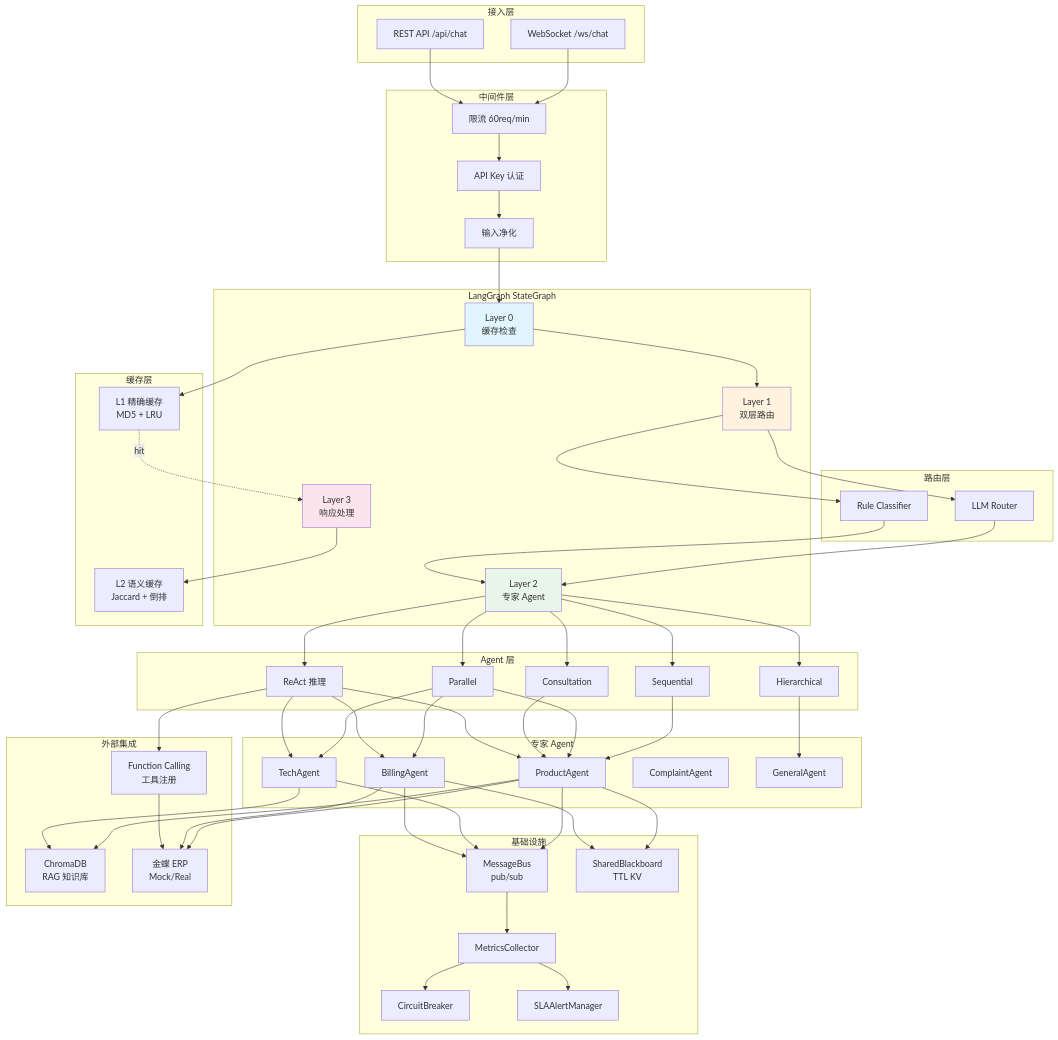
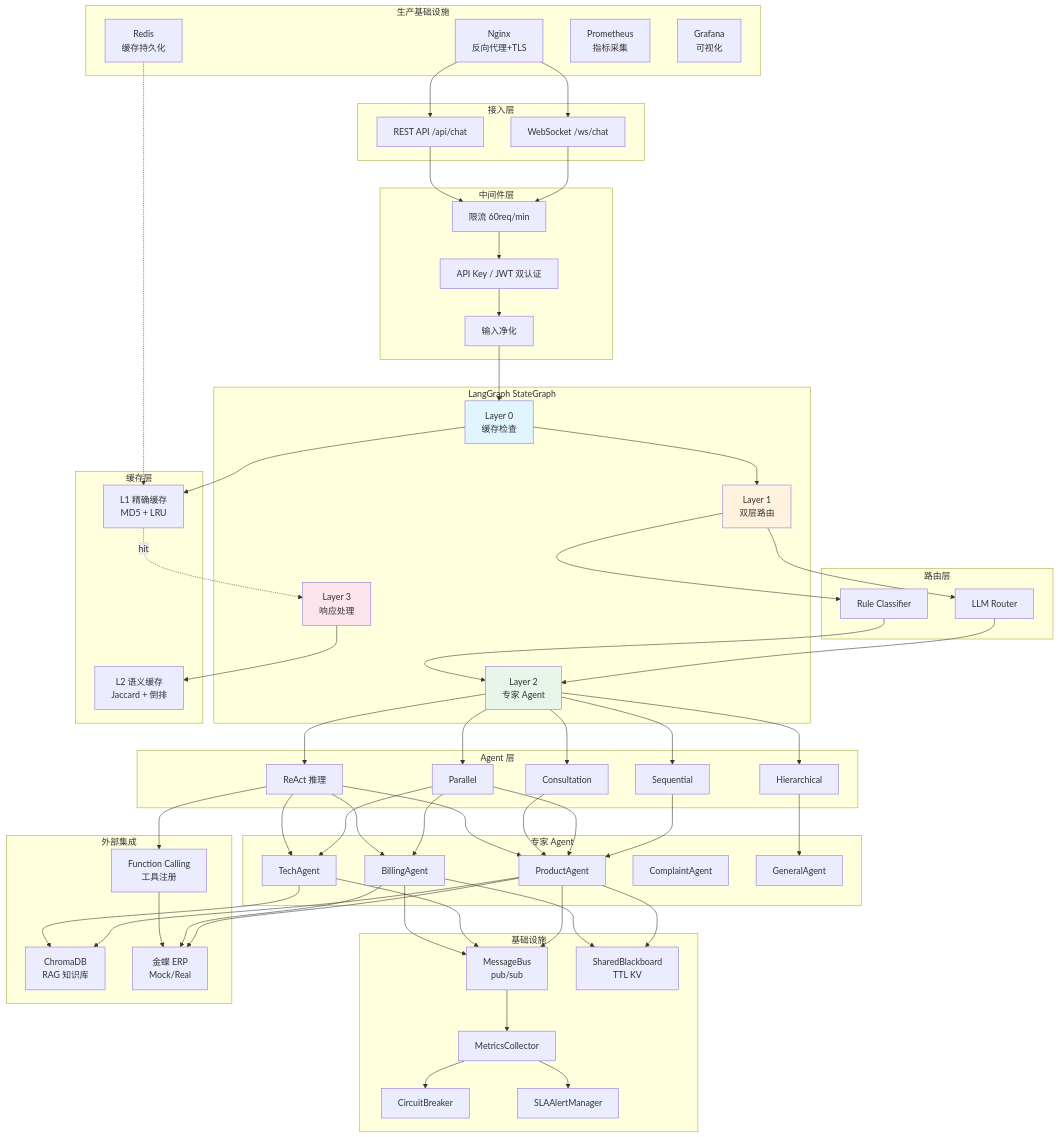
Before and after one commit to Xander-Xai/Customer-Service-AI-Agent: the first of 2 diagrams in README.md, drawn with Mermaid. The commit also changed other lines of this file and 92 other files, not shown here.

```diff
--- a/README.md
+++ b/README.md
@@ -19,7 +21,7 @@
 
     subgraph Middleware["中间件层"]
         RATE[限流 60req/min]
-        AUTH[API Key 认证]
+        AUTH[API Key / JWT 双认证]
         SANITIZE[输入净化]
     end
 
@@ -70,6 +72,13 @@
         FC[Function Calling<br/>工具注册]
     end
 
+    subgraph Infra2["生产基础设施"]
+        NG[Nginx<br/>反向代理+TLS]
+        RD[Redis<br/>缓存持久化]
+        PG[Prometheus<br/>指标采集]
+        GF[Grafana<br/>可视化]
+    end
+
     WS --> RATE
     REST --> RATE
     RATE --> AUTH
@@ -116,6 +125,10 @@
 
     C3 --> L2
 
+    NG --> REST
+    NG --> WS
+    RD -.-> L1
+
     style C0 fill:#e1f5fe
     style C1 fill:#fff3e0
     style C2 fill:#e8f5e9
```
